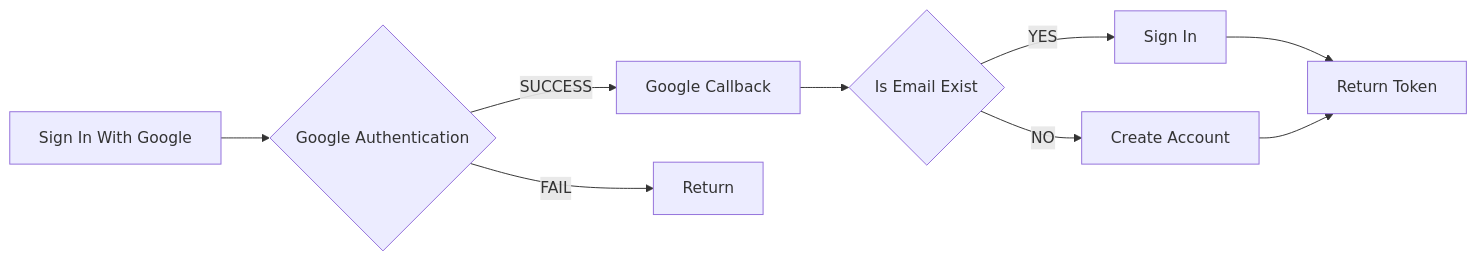
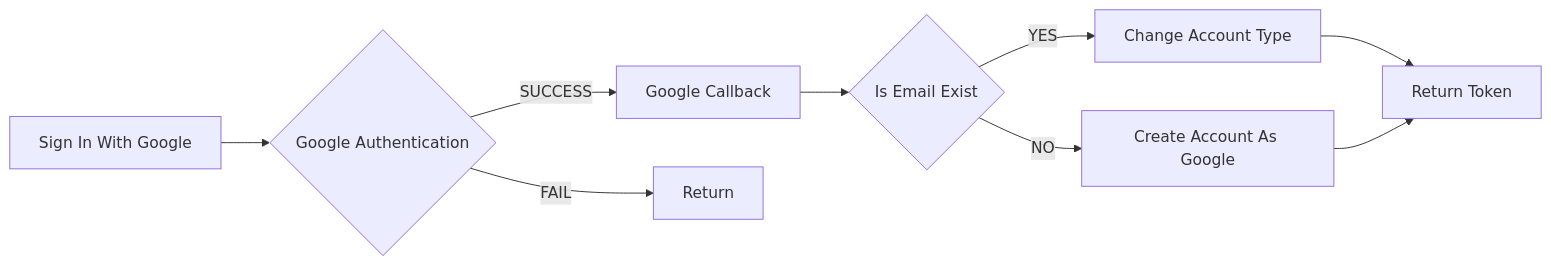
Before and after one commit to scottliu207/simple_user_sys: the third of 4 diagrams in README.md, drawn with Mermaid.

Commit message:
google sign in flow

````diff
--- a/README.md
+++ b/README.md
@@ -100,9 +100,9 @@
 ```mermaid
 graph LR
 A[Sign In With Google] -->B{Google Authentication}
 B-- SUCCESS --> E[Google Callback] -->
 F{Is Email Exist}
-F--YES--> G[Sign In] --> H[Return Token]
-F--NO--> I[Create Account] --> H[Return Token]
+F--YES--> G[Change Account Type] --> H[Return Token]
+F--NO--> I[Create Account As Google] --> H[Return Token]
 B-- FAIL--> D[Return]
 ```
````
